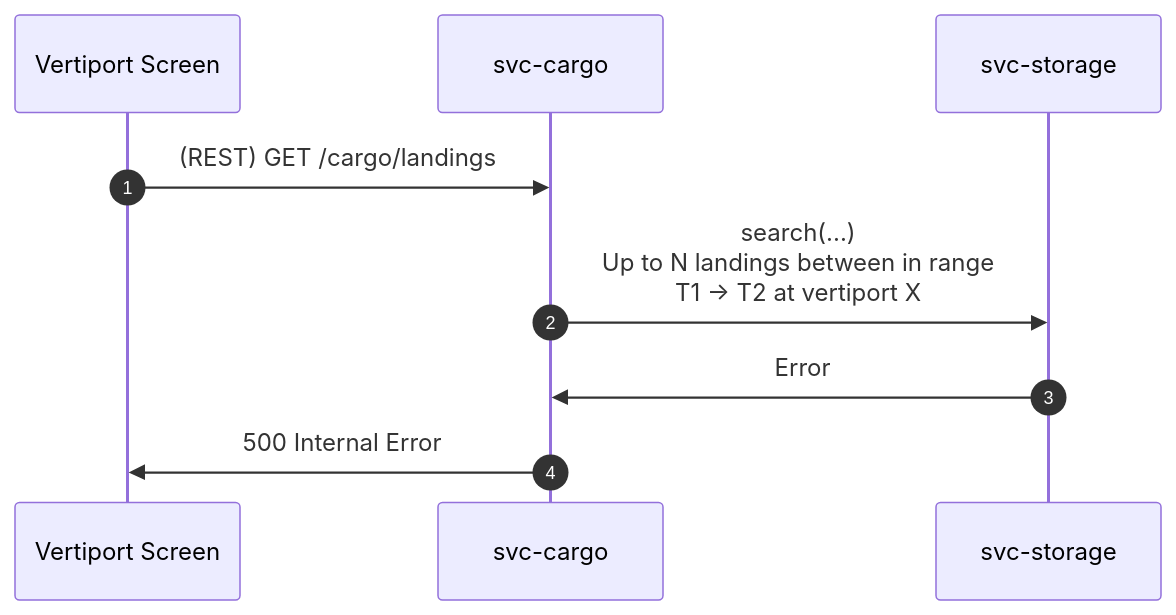
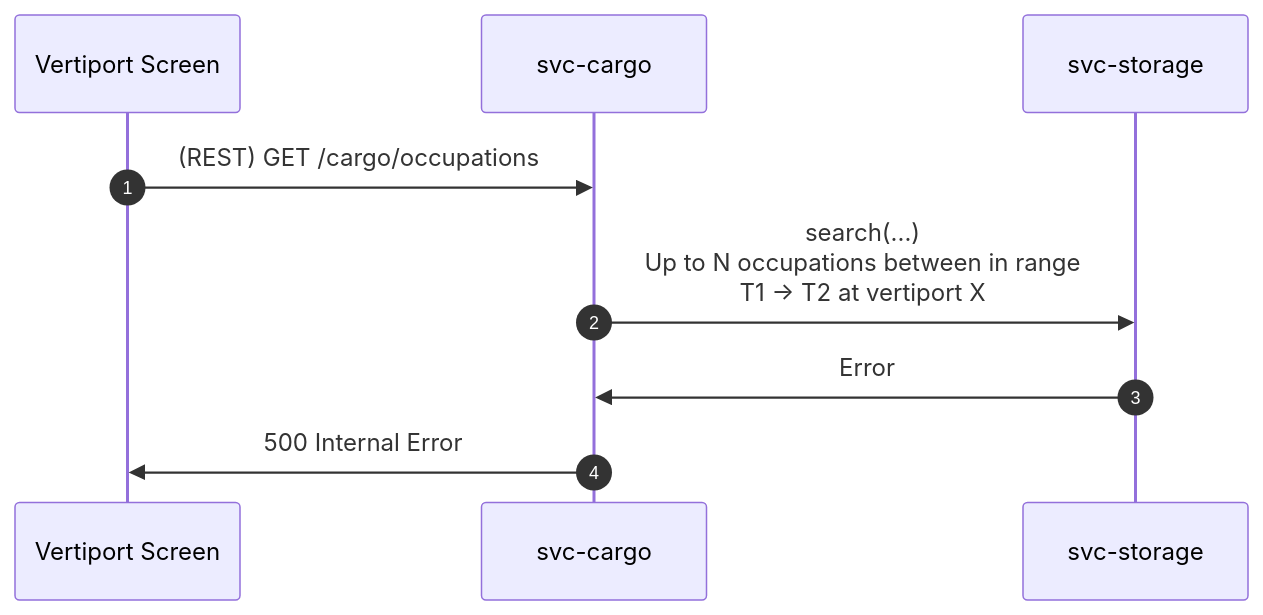
Before and after one commit to aetheric-oss/svc-cargo: diagram 19 of 25 in docs/sdd.md, drawn with Mermaid. The commit also changed other lines of this file and 18 other files, not shown here.

````diff
--- a/docs/sdd.md
+++ b/docs/sdd.md
@@ -386,12 +412,12 @@
 ```mermaid
 sequenceDiagram
     autonumber
     participant client as Vertiport Screen
     participant cargo as svc-cargo
     participant storage as svc-storage
 
-    client->>cargo: (REST) GET /cargo/landings
-    cargo->>storage: search(...)<br>Up to N landings between in range<br>T1 -> T2 at vertiport X
+    client->>cargo: (REST) GET /cargo/occupations
+    cargo->>storage: search(...)<br>Up to N occupations between in range<br>T1 -> T2 at vertiport X
     storage->>cargo: Error
     cargo->>client: 500 Internal Error
 ```
````
